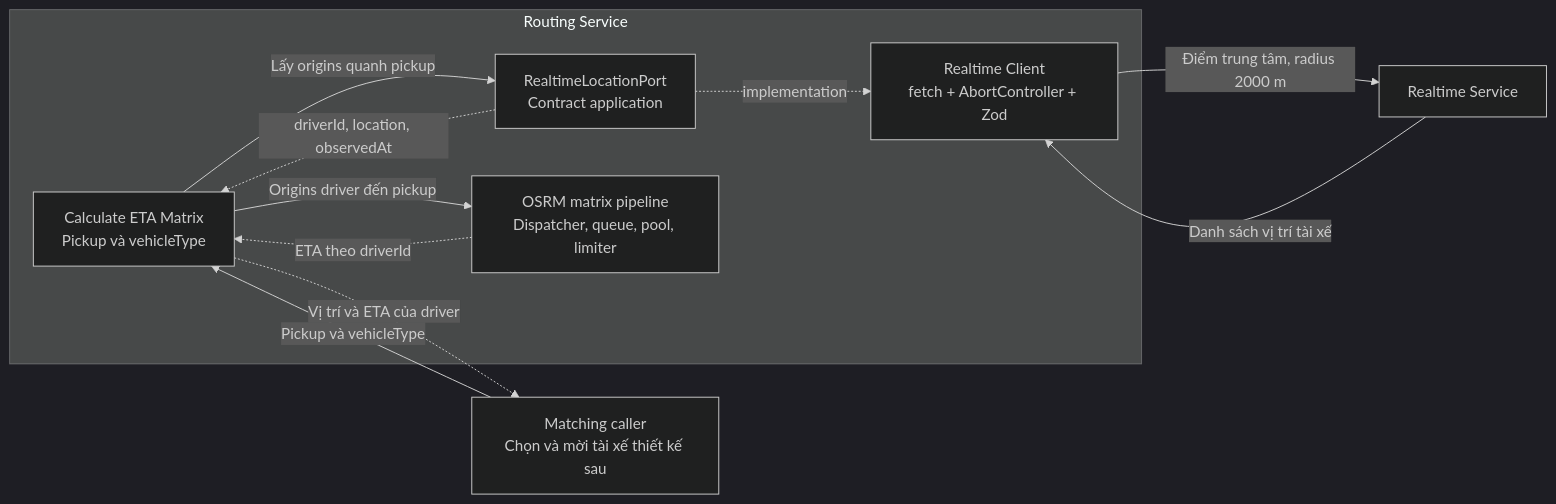
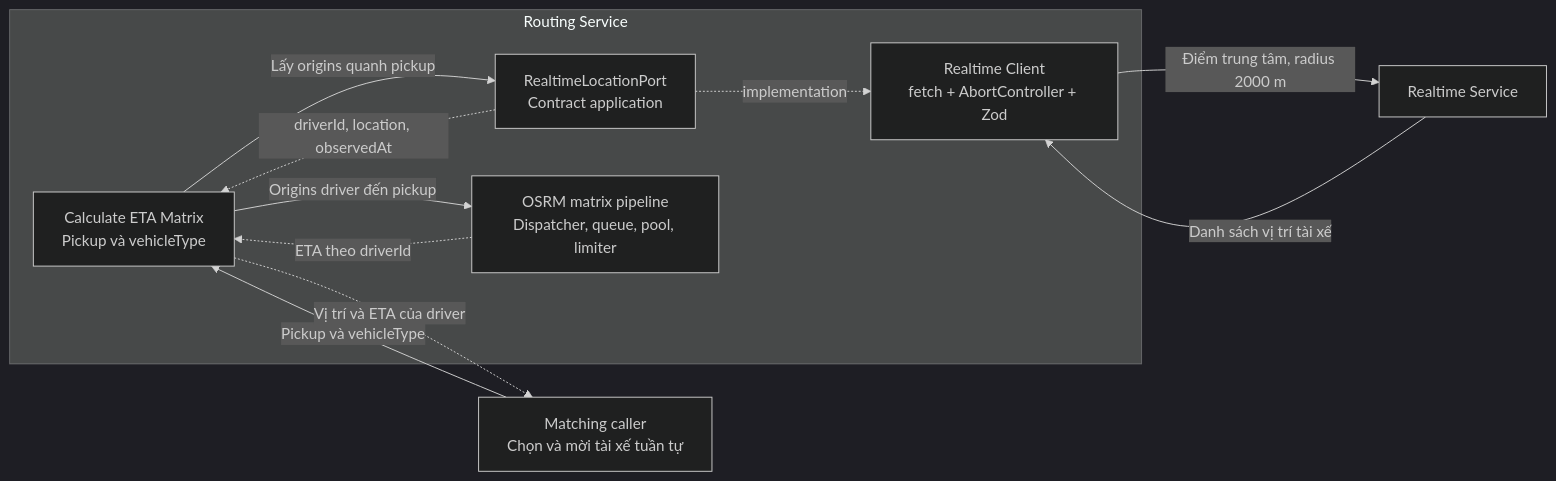
Before and after one commit to fukdinh136/chande: the diagram in service/routing-service/docs/realtime-client.md, drawn with Mermaid (dark theme). The commit also changed other lines of this file and 46 other files, not shown here.

````diff
--- a/service/routing-service/docs/realtime-client.md
+++ b/service/routing-service/docs/realtime-client.md
@@ -9,14 +9,14 @@
 ```mermaid
 flowchart LR
     subgraph Routing["Routing Service"]
         Matrix["Calculate ETA Matrix<br/>Pickup và vehicleType"] -->|Lấy origins quanh pickup| Port
         Port["RealtimeLocationPort<br/>Contract application"] -. implementation .-> Client["Realtime Client<br/>fetch + AbortController + Zod"]
         Port -. driverId, location, observedAt .-> Matrix
         Matrix -->|Origins driver đến pickup| Pipeline["OSRM matrix pipeline<br/>Dispatcher, queue, pool, limiter"]
         Pipeline -. ETA theo driverId .-> Matrix
     end
     Client -->|Điểm trung tâm, radius 2000 m| Realtime["Realtime Service"]
     Realtime -->|Danh sách vị trí tài xế| Client
-    Matching["Matching caller<br/>Chọn và mời tài xế thiết kế sau"] -->|Pickup và vehicleType| Matrix
+    Matching["Matching caller<br/>Chọn và mời tài xế tuần tự"] -->|Pickup và vehicleType| Matrix
     Matrix -. Vị trí và ETA của driver .-> Matching
 ```
````
